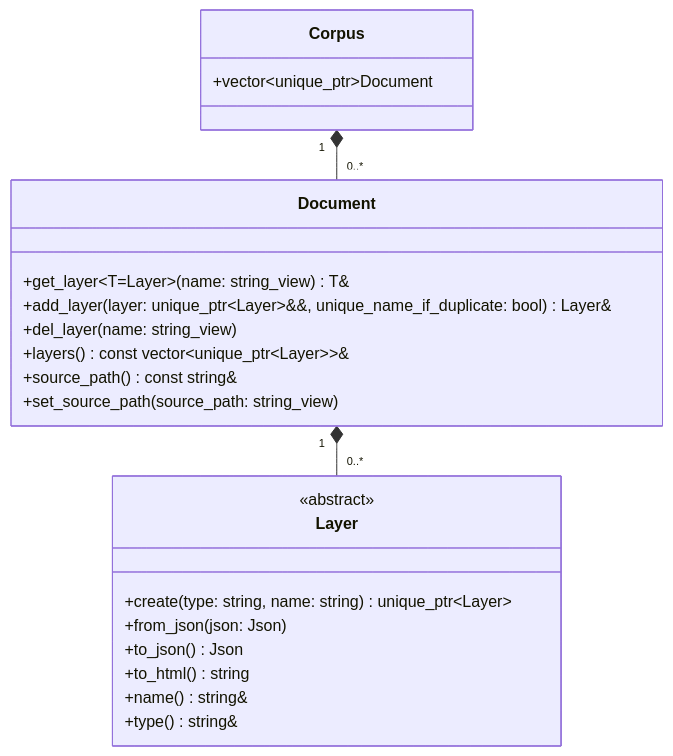
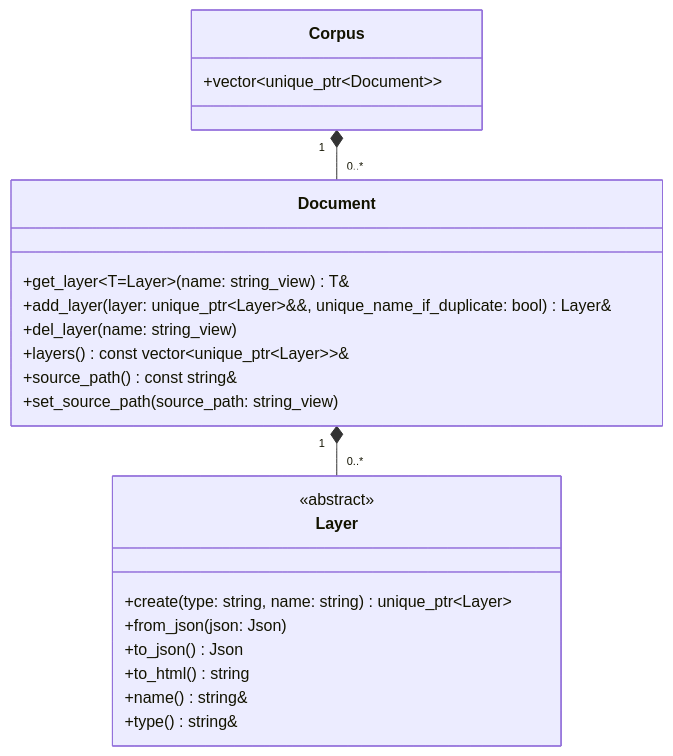
One commit to ufal/linpipe changed the second of 7 diagrams in docs/src/dev/architecture.md. Above: the diagram before and after it, drawn with Mermaid. The commit also changed other lines of this file, not shown here.

````diff
--- a/docs/src/dev/architecture.md
+++ b/docs/src/dev/architecture.md
@@ -42,29 +42,29 @@
 ```mermaid
 classDiagram
   class Corpus {
-    +vector~unique_ptr~Document
+    +vector~unique_ptr~Document~~
   }
 
   class Document {
     +get_layer~T=Layer~(name: string_view) T&
     +add_layer(layer: unique_ptr~Layer~&&, unique_name_if_duplicate: bool) Layer&
     +del_layer(name: string_view)
     +layers() const vector~unique_ptr~Layer~~&
     +source_path() const string&
     +set_source_path(source_path: string_view)
   }
 
   class Layer {
     <<abstract>>
     +create(type: string, name: string) unique_ptr~Layer~
     +from_json(json: Json)
     +to_json() Json
     +to_html() string
     +name() string&
     +type() string&
   }
 
   Corpus "1" *-- "0..*" Document
   Document "1" *-- "0..*" Layer
 
 ```
````
